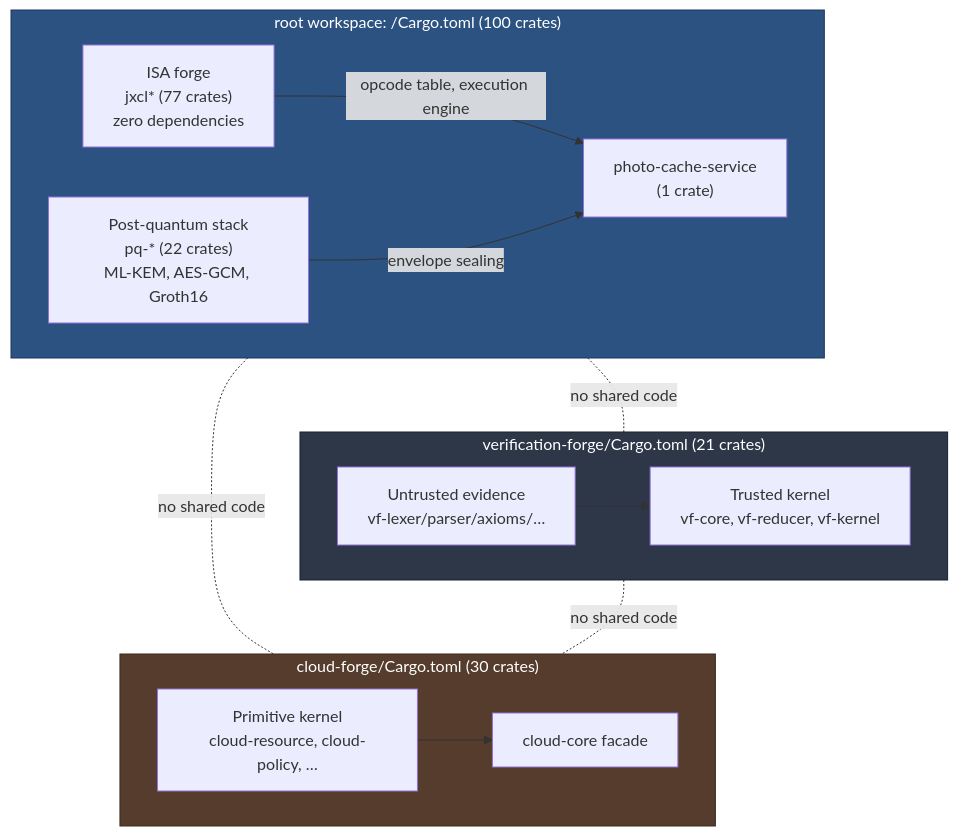
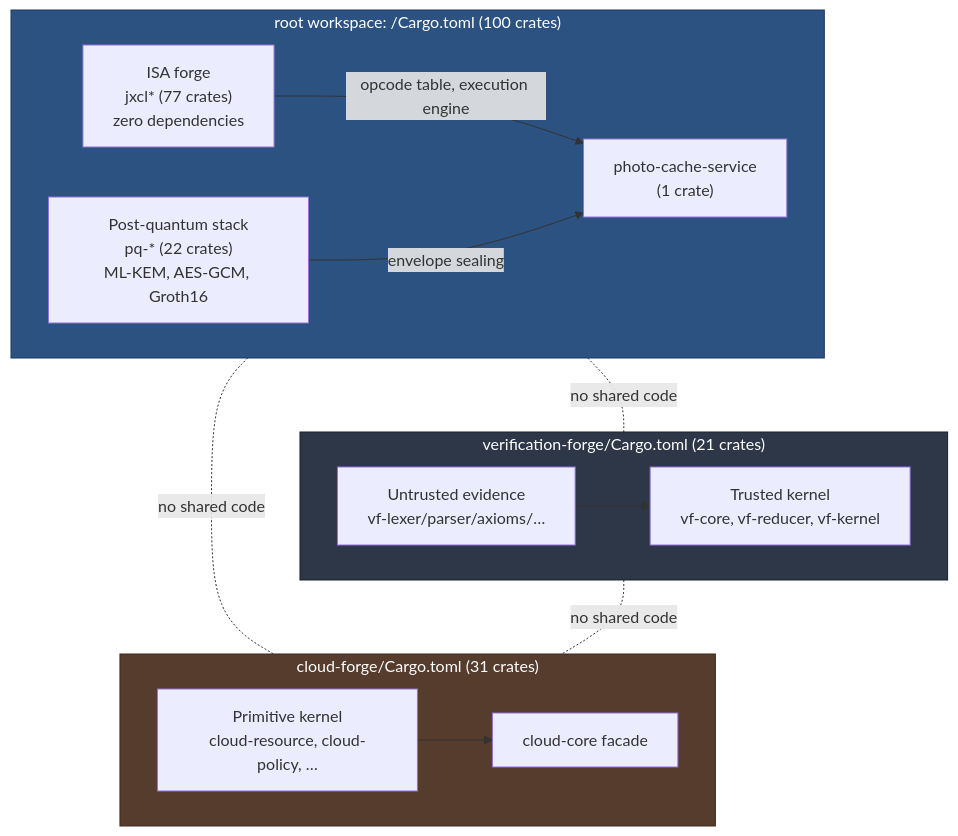
One commit to SNAPKITTYAGENT9NOVA/tlm-jxcl-forge changed the first of 5 diagrams in README.md. Above: the diagram before and after it, drawn with Mermaid. The commit also changed other lines of this file and 5 other files, not shown here.

````diff
--- a/README.md
+++ b/README.md
@@ -69,33 +69,33 @@
 ```mermaid
 flowchart TB
     subgraph ROOT["root workspace: /Cargo.toml (100 crates)"]
         direction LR
         isa["ISA forge<br/>jxcl* (77 crates)<br/>zero dependencies"]
         pq["Post-quantum stack<br/>pq-* (22 crates)<br/>ML-KEM, AES-GCM, Groth16"]
         svc["photo-cache-service<br/>(1 crate)"]
         isa -->|opcode table, execution engine| svc
         pq -->|envelope sealing| svc
     end
 
     subgraph VF["verification-forge/Cargo.toml (21 crates)"]
         direction LR
         vfk["Trusted kernel<br/>vf-core, vf-reducer, vf-kernel"]
         vfe["Untrusted evidence<br/>vf-lexer/parser/axioms/…"]
         vfe --> vfk
     end
 
-    subgraph CF["cloud-forge/Cargo.toml (30 crates)"]
+    subgraph CF["cloud-forge/Cargo.toml (31 crates)"]
         direction LR
         cfk["Primitive kernel<br/>cloud-resource, cloud-policy, …"]
         cfc["cloud-core facade"]
         cfk --> cfc
     end
 
     ROOT -.no shared code.- VF
     ROOT -.no shared code.- CF
     VF -.no shared code.- CF
 
     style ROOT fill:#2c5282,color:#fff,stroke:#1a365d
     style VF fill:#2d3748,color:#fff,stroke:#1a202c
     style CF fill:#553c2c,color:#fff,stroke:#3d2b1f
 ```
````
